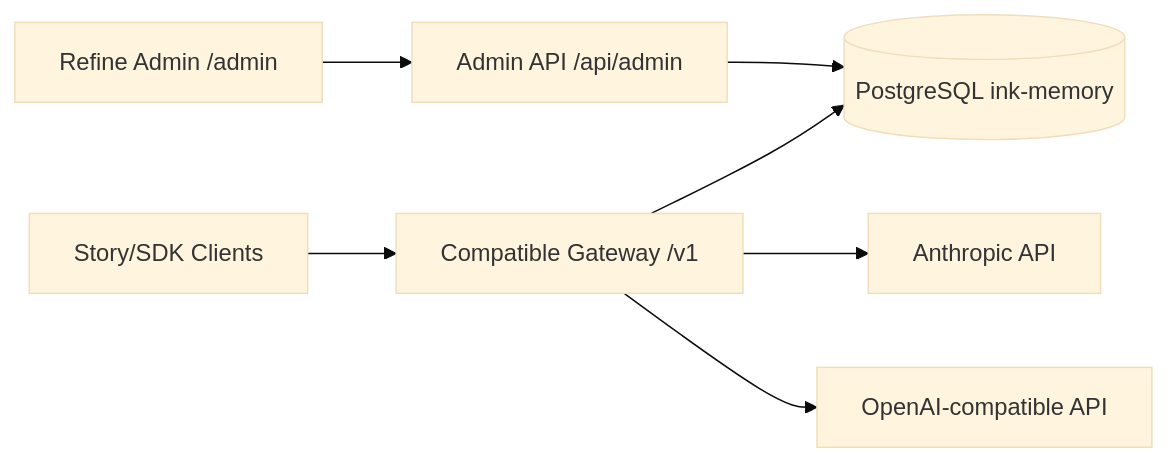
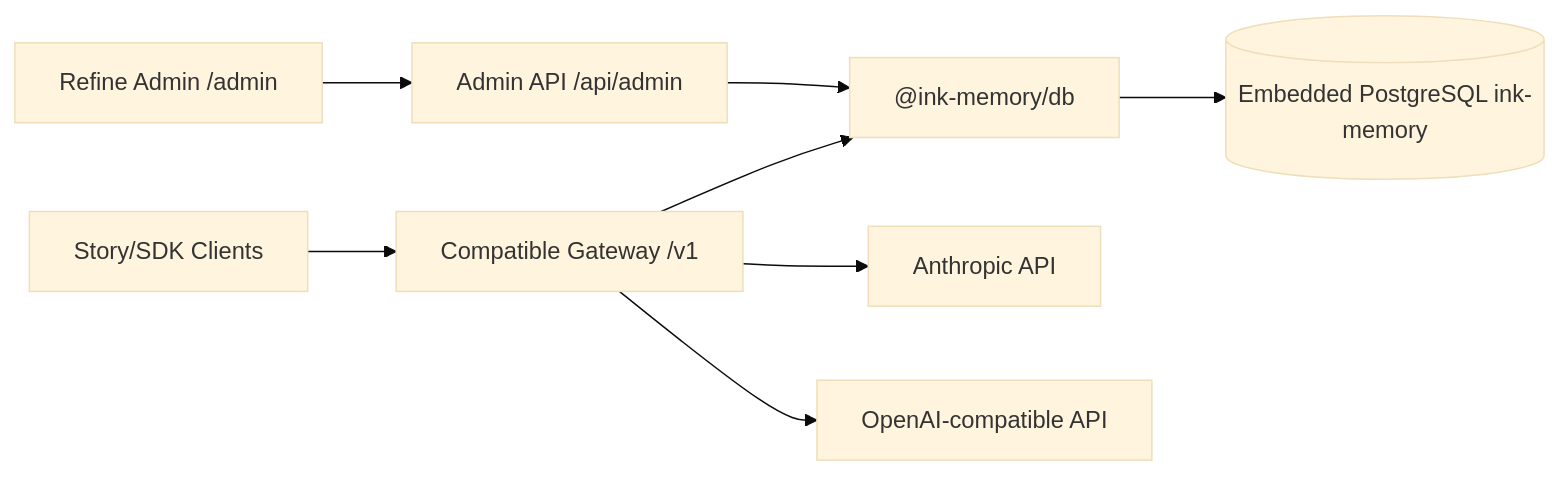
The first of 2 diagrams in docs/architecture/项目架构设计说明.md (glide-the/dream-im-platform), drawn with Mermaid (base theme) before and after one commit. The commit also changed other lines of this file and 68 other files, not shown here.

Commit message:
feat: embed PostgreSQL in the Admin database package

````diff
--- a/docs/architecture/项目架构设计说明.md
+++ b/docs/architecture/项目架构设计说明.md
@@ -7,9 +7,10 @@
 ```mermaid
 flowchart LR
   Admin["Refine Admin /admin"] --> AdminAPI["Admin API /api/admin"]
   Client["Story/SDK Clients"] --> Gateway["Compatible Gateway /v1"]
-  AdminAPI --> PG[("PostgreSQL ink-memory")]
-  Gateway --> PG
+  AdminAPI --> DBPackage["@ink-memory/db"]
+  Gateway --> DBPackage
+  DBPackage --> PG[("Embedded PostgreSQL ink-memory")]
   Gateway --> Anthropic["Anthropic API"]
   Gateway --> OpenAI["OpenAI-compatible API"]
 ```
````
